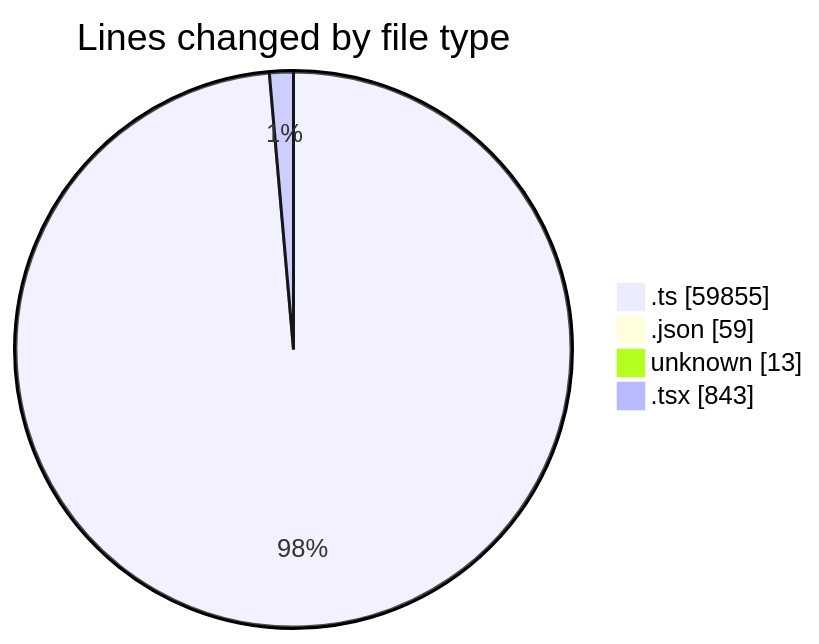
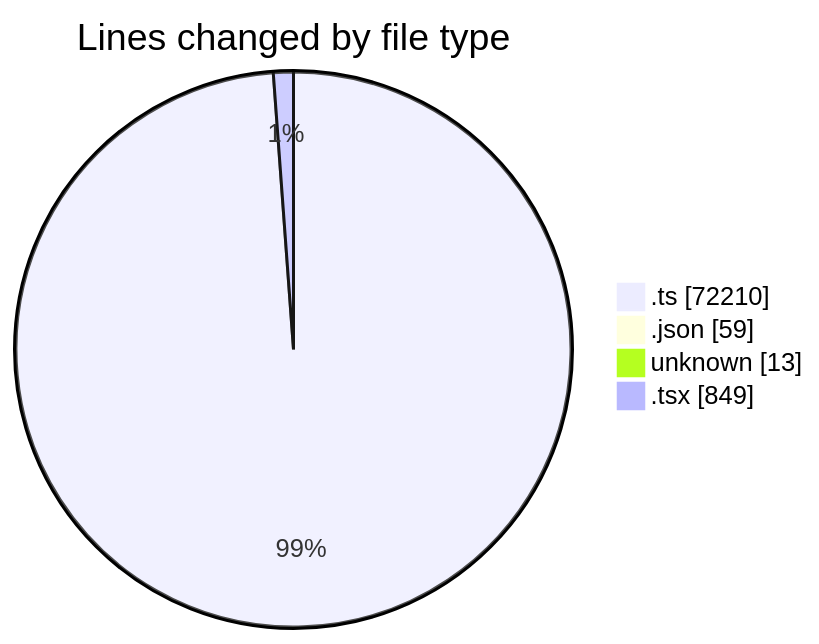
Before and after one commit to momahboobian/code-tracking: the first of 2 diagrams in 2025-09-09/cda/README.md, drawn with Mermaid. The commit also changed other lines of this file and 1 other file, not shown here.

````diff
--- a/2025-09-09/cda/README.md
+++ b/2025-09-09/cda/README.md
@@ -121,8 +123,8 @@
 ```mermaid
 pie showData
 title Lines changed by file type
-".ts" : 59855
+".ts" : 72210
 ".json" : 59
 "unknown" : 13
-".tsx" : 843
+".tsx" : 849
 ```
````
